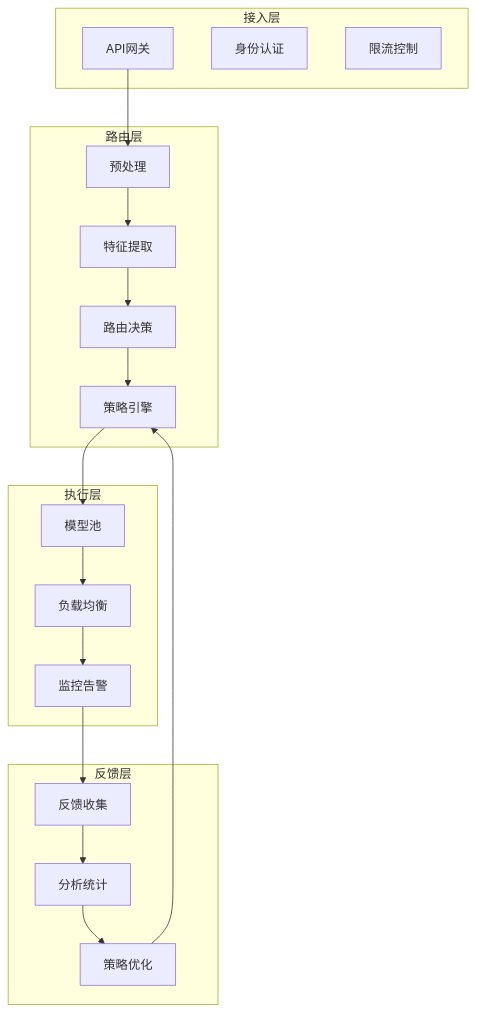
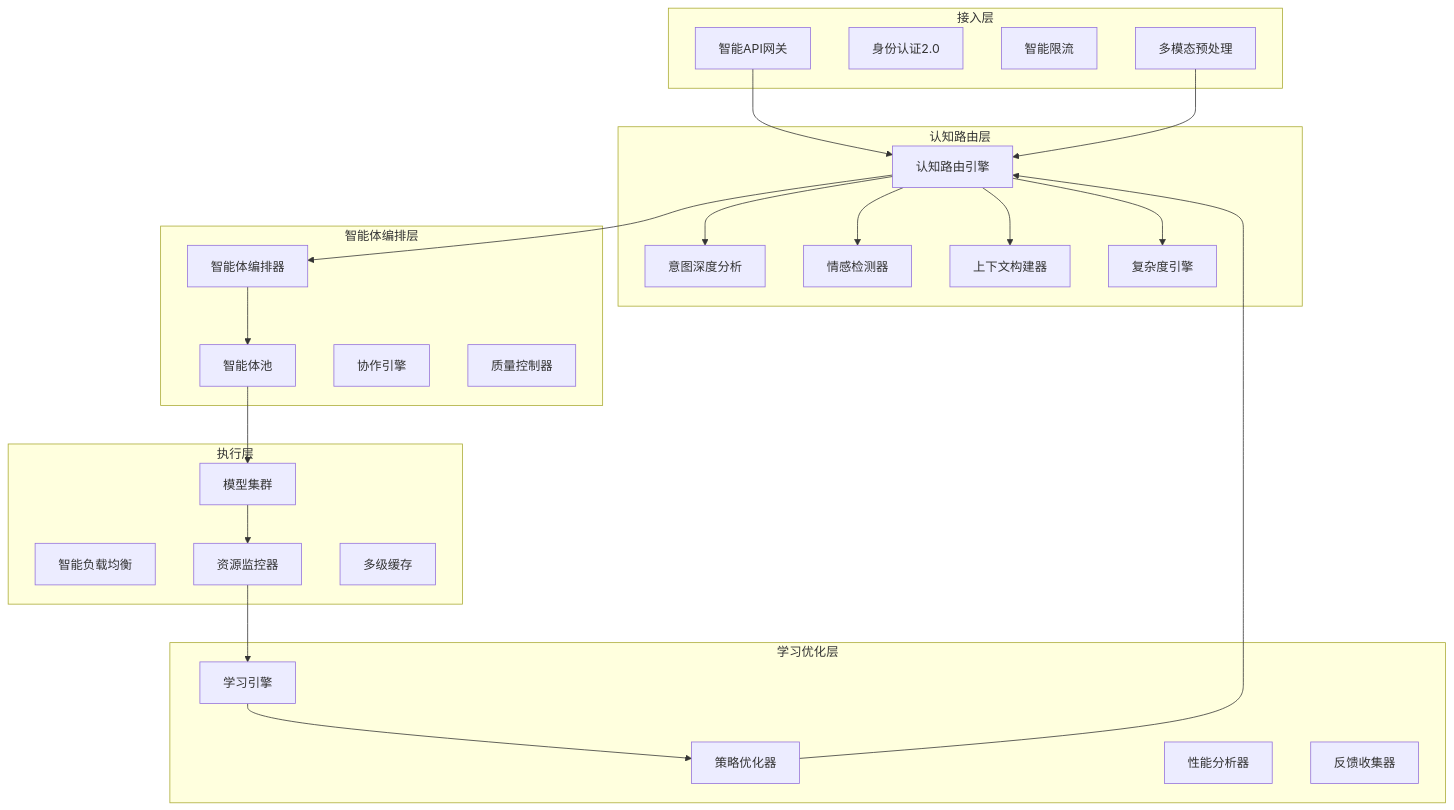
Before and after one commit to Xunzhuo/mini-sglang: the third of 3 diagrams in learning/website/docs/basics/24-semantic-routing.md, drawn with Mermaid. The commit also changed other lines of this file and 5 other files, not shown here.

````diff
--- a/learning/website/docs/basics/24-semantic-routing.md
+++ b/learning/website/docs/basics/24-semantic-routing.md
@@ -337,39 +565,48 @@
 ```mermaid
 graph TB
     subgraph 接入层
-        API[API网关]
-        Auth[身份认证]
-        RateLimit[限流控制]
+        API[智能API网关]
+        Auth[身份认证2.0]
+        RateLimit[智能限流]
+        InputPreprocess[多模态预处理]
     end
     
-    subgraph 路由层
-        PreProcess[预处理]
-        Feature[特征提取]
-        Decision[路由决策]
-        PolicyEngine[策略引擎]
+    subgraph 认知路由层
+        CognitiveRouter[认知路由引擎]
+        CognitiveRouter --> IntentAnalyzer[意图深度分析]
+        CognitiveRouter --> EmotionDetector[情感检测器]
+        CognitiveRouter --> ContextBuilder[上下文构建器]
+        CognitiveRouter --> ComplexityEngine[复杂度引擎]
+    end
+    
+    subgraph 智能体编排层
+        Orchestrator[智能体编排器]
+        AgentPool[智能体池]
+        CollaborationEngine[协作引擎]
+        QualityController[质量控制器]
     end
     
     subgraph 执行层
-        ModelPool[模型池]
-        LoadBalance[负载均衡]
-        Monitor[监控告警]
+        ModelCluster[模型集群]
+        LoadBalance[智能负载均衡]
+        ResourceMonitor[资源监控器]
+        CacheSystem[多级缓存]
     end
     
-    subgraph 反馈层
-        Feedback[反馈收集]
-        Analytics[分析统计]
-        Optimization[策略优化]
+    subgraph 学习优化层
+        LearningEngine[学习引擎]
+        StrategyOptimizer[策略优化器]
+        PerformanceAnalyzer[性能分析器]
+        FeedbackCollector[反馈收集器]
     end
     
-    API --> PreProcess
-    PreProcess --> Feature
-    Feature --> Decision
-    Decision --> PolicyEngine
-    PolicyEngine --> ModelPool
-    ModelPool --> LoadBalance
-    LoadBalance --> Monitor
-    Monitor --> Feedback
-    Feedback --> Analytics
-    Analytics --> Optimization
-    Optimization --> PolicyEngine
+    API --> CognitiveRouter
+    InputPreprocess --> CognitiveRouter
+    CognitiveRouter --> Orchestrator
+    Orchestrator --> AgentPool
+    AgentPool --> ModelCluster
+    ModelCluster --> ResourceMonitor
+    ResourceMonitor --> LearningEngine
+    LearningEngine --> StrategyOptimizer
+    StrategyOptimizer --> CognitiveRouter
 ```
````
